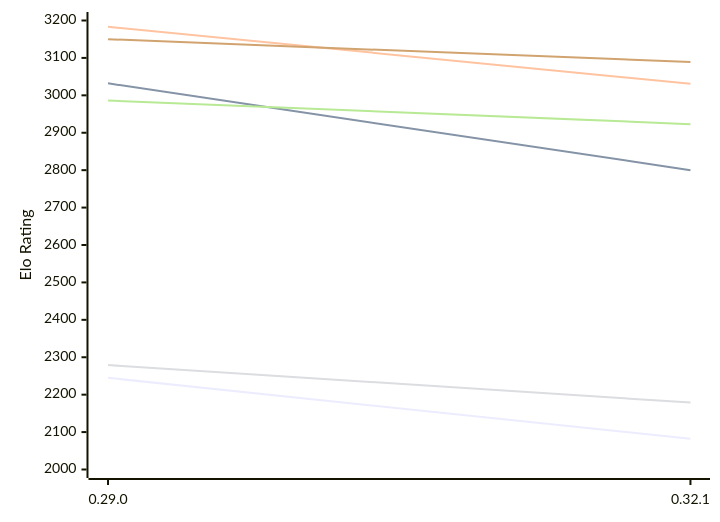
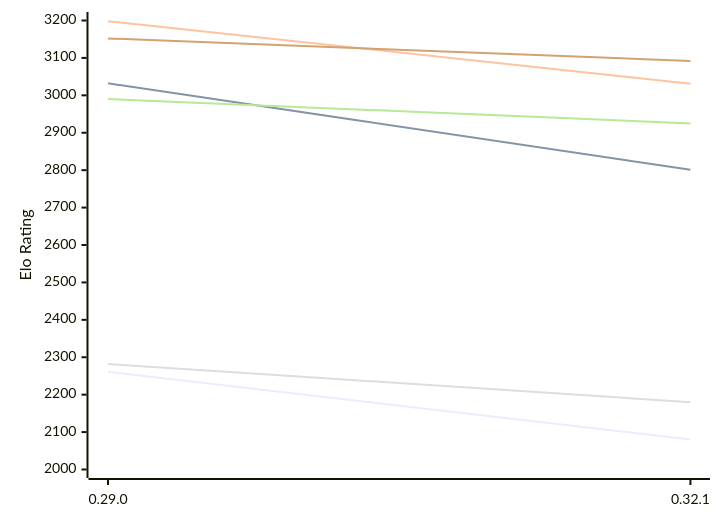
The first of 2 diagrams in engines/Lc0.md (computer-chess-index/cci), drawn with Mermaid before and after one commit. The commit also changed other lines of this file, not shown here.

Commit message:
Update CCI Ratings (ELO VLTC) - 2026-11-24

````diff
--- a/engines/Lc0.md
+++ b/engines/Lc0.md
@@ -50,12 +50,12 @@
 ```mermaid
 %%{init: {"theme":"base","themeVariables":{"seriesColors:['#a3a3a3','#222221','#faa371']}}}%%
 xychart-beta
   x-axis ["0.29.0", "0.32.1"]
   y-axis "Elo Rating" 2000 --> 3200
-  line "E1: STC (8.0+0.08s)" [2245, 2082]
-  line "E1: LTC (60.0+0.60s)" [3032, 2800]
-  line "E1: VLTC (2m24s+1.12s)" [3183, 3031]
-  line "P1: STC (8.0+0.08s)" [2279, 2179]
-  line "P1: LTC (60.0+0.60s)" [2986, 2923]
-  line "P1: VLTC (2m24s+1.12s)" [3150, 3089]
+  line "E1: STC (8.0+0.08s)" [2261, 2080]
+  line "E1: LTC (60.0+0.60s)" [3032, 2801]
+  line "E1: VLTC (2m24s+1.12s)" [3198, 3031]
+  line "P1: STC (8.0+0.08s)" [2282, 2180]
+  line "P1: LTC (60.0+0.60s)" [2990, 2925]
+  line "P1: VLTC (2m24s+1.12s)" [3152, 3092]
 ```
````
